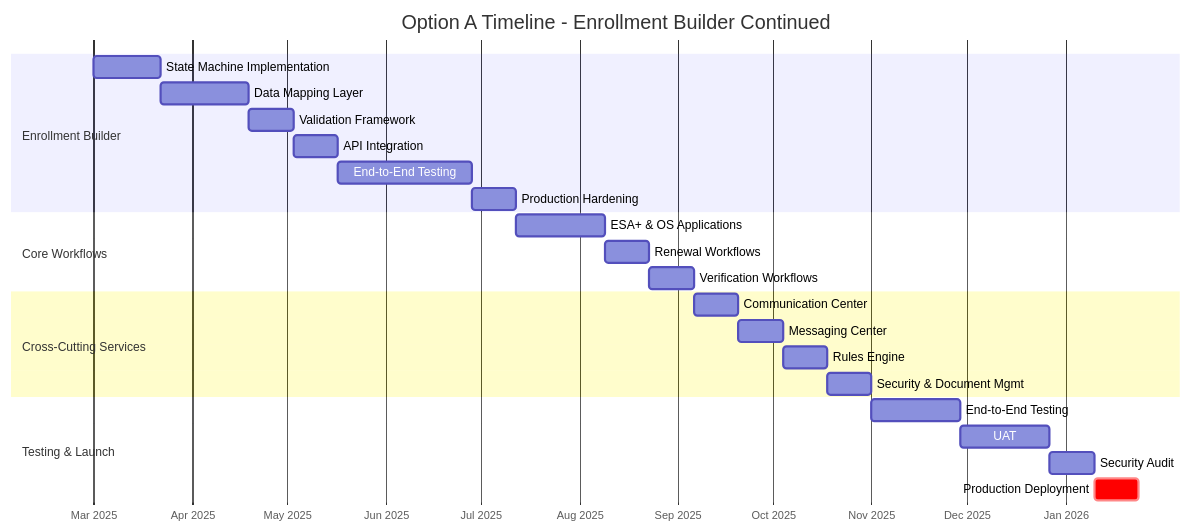
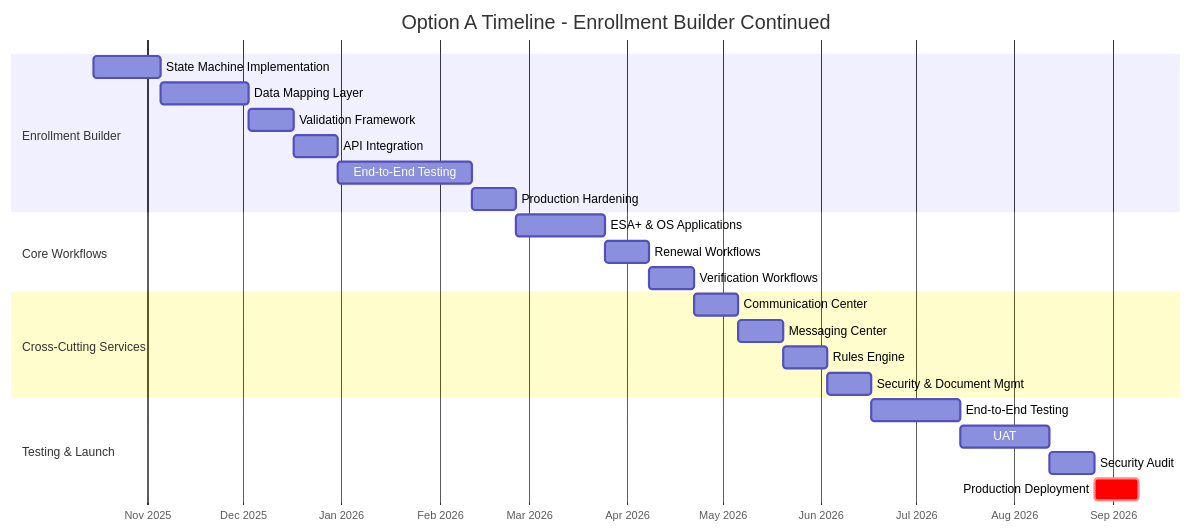
Before and after one commit to buildmotion/k12-seaa: the first of 4 diagrams in stakeholder-decision/diagrams/timeline-comparison.md, drawn with Mermaid. The commit also changed other lines of this file and 3 other files, not shown here.

Commit message:
Update timeline dates from March 2025 - April 2026 to October 15, 2025 - May 1, 2026

````diff
--- a/stakeholder-decision/diagrams/timeline-comparison.md
+++ b/stakeholder-decision/diagrams/timeline-comparison.md
@@ -5,31 +5,31 @@
 ```mermaid
 gantt
     title Option A Timeline - Enrollment Builder Continued
     dateFormat YYYY-MM-DD
     axisFormat %b %Y
     
     section Enrollment Builder
-    State Machine Implementation       :a1, 2025-03-01, 3w
+    State Machine Implementation       :a1, 2025-10-15, 3w
     Data Mapping Layer                 :a2, after a1, 4w
     Validation Framework               :a3, after a2, 2w
     API Integration                    :a4, after a3, 2w
     End-to-End Testing                 :a5, after a4, 6w
     Production Hardening               :a6, after a5, 2w
     
     section Core Workflows
     ESA+ & OS Applications             :b1, after a6, 4w
     Renewal Workflows                  :b2, after b1, 2w
     Verification Workflows             :b3, after b2, 2w
     
     section Cross-Cutting Services
     Communication Center               :c1, after b3, 2w
     Messaging Center                   :c2, after c1, 2w
     Rules Engine                       :c3, after c2, 2w
     Security & Document Mgmt           :c4, after c3, 2w
     
     section Testing & Launch
     End-to-End Testing                 :d1, after c4, 4w
     UAT                                :d2, after d1, 4w
     Security Audit                     :d3, after d2, 2w
     Production Deployment              :crit, d4, after d3, 2w
 ```
````
